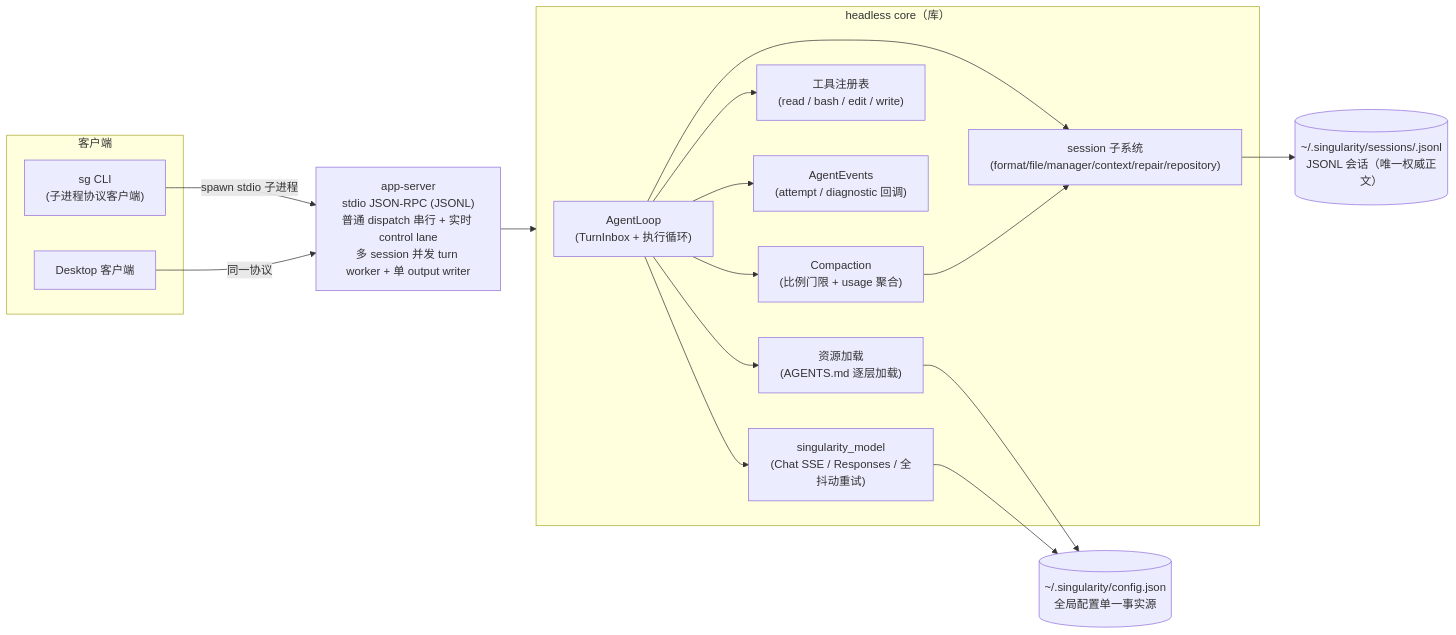
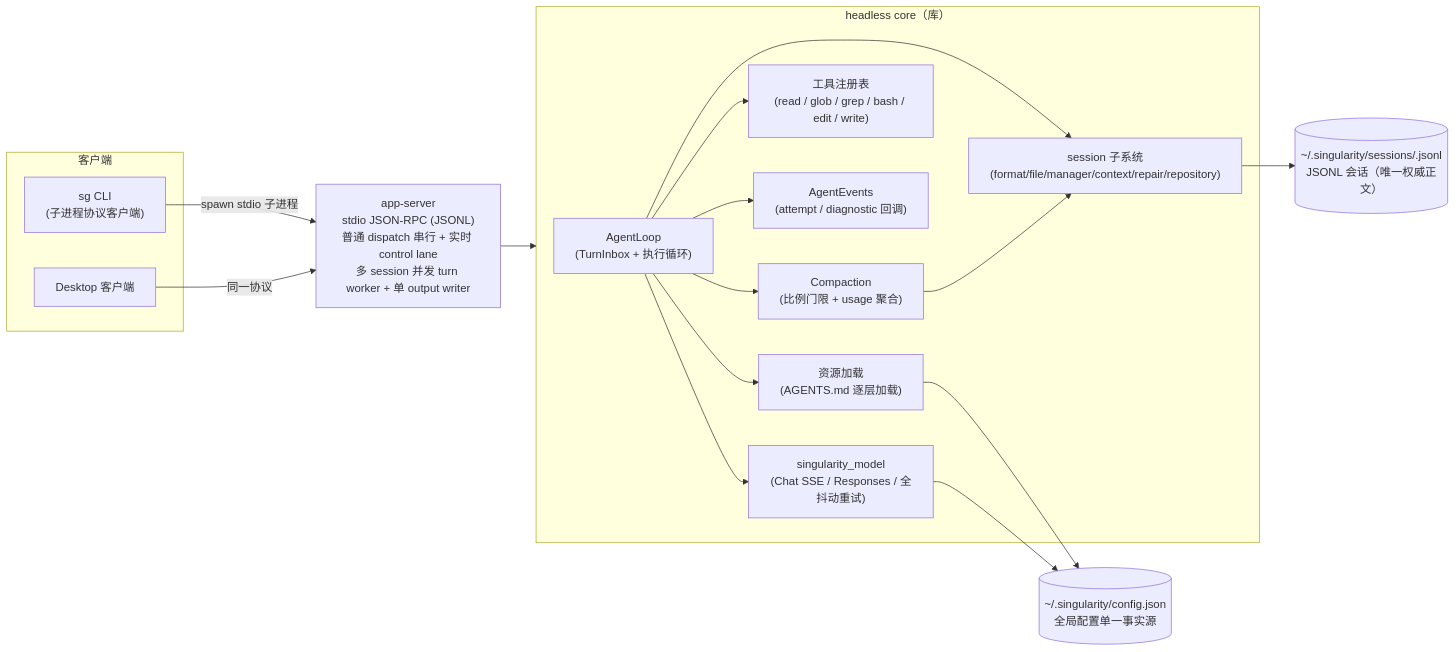
Before and after one commit to qjcnmd/singularity-agent: the first of 7 diagrams in docs/singularity.md, drawn with Mermaid. The commit also changed other lines of this file and 11 other files, not shown here.

First line of the commit message:
feat(agent): 新增 glob/grep 进程内只读工具与提示词指引（Phase 5）

````diff
--- a/docs/singularity.md
+++ b/docs/singularity.md
@@ -30,32 +30,32 @@
 ```mermaid
 flowchart LR
     subgraph Client["客户端"]
         CLI["sg CLI<br/>(子进程协议客户端)"]
         Dsk["Desktop 客户端"]
     end
     Svr["app-server<br/>stdio JSON-RPC (JSONL)<br/>普通 dispatch 串行 + 实时 control lane<br/>多 session 并发 turn worker + 单 output writer"]
     subgraph Core["headless core（库）"]
         Loop["AgentLoop<br/>(TurnInbox + 执行循环)"]
         SM["session 子系统<br/>(format/file/manager/context/repair/repository)"]
         CP["Compaction<br/>(比例门限 + usage 聚合)"]
-        TR["工具注册表<br/>(read / bash / edit / write)"]
+        TR["工具注册表<br/>(read / glob / grep / bash / edit / write)"]
         EV["AgentEvents<br/>(attempt / diagnostic 回调)"]
         RL["资源加载<br/>(AGENTS.md 逐层加载)"]
         PV["singularity_model<br/>(Chat SSE / Responses / 全抖动重试)"]
     end
     CFG[("~/.singularity/config.json<br/>全局配置单一事实源")]
     SES[("~/.singularity/sessions/<uuid>.jsonl<br/>JSONL 会话（唯一权威正文）")]
     CLI -->|"spawn stdio 子进程"| Svr
     Dsk -->|"同一协议"| Svr
     Svr --> Core
     Loop --> SM
     Loop --> CP
     Loop --> TR
     Loop --> EV
     Loop --> RL
     Loop --> PV
     CP --> SM
     SM --> SES
     RL --> CFG
     PV --> CFG
 ```
````
